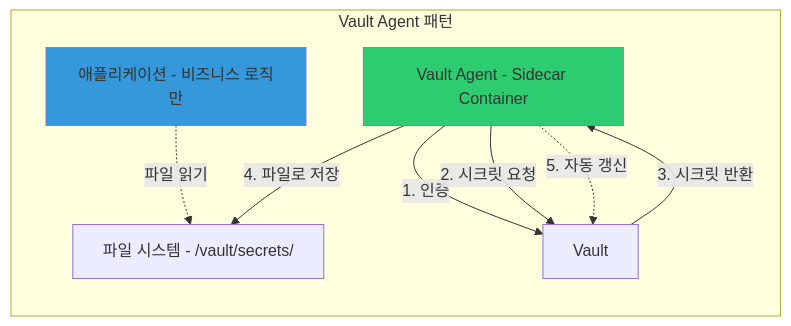
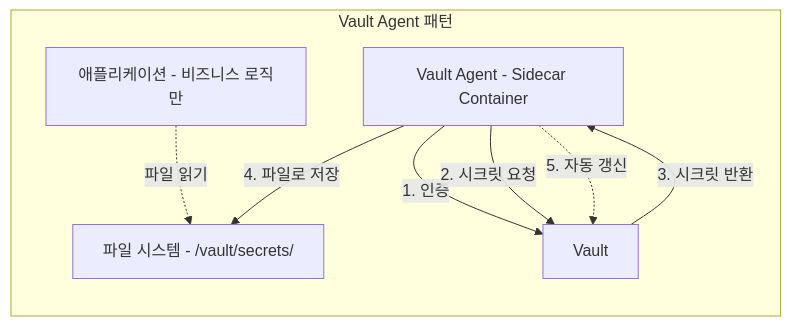
Before and after one commit to juwon8891/juwon8891.github.io: the sixth of 12 diagrams in docs/cicd/week7-vault-secrets.md, drawn with Mermaid. The commit also changed other lines of this file and 18 other files, not shown here.

Commit message:
Remove bright colors from Mermaid diagrams for dark mode compatibility

````diff
--- a/docs/cicd/week7-vault-secrets.md
+++ b/docs/cicd/week7-vault-secrets.md
@@ -513,19 +500,17 @@
 ```mermaid
 graph LR
     subgraph "Vault Agent 패턴"
         APP2[애플리케이션 - 비즈니스 로직만]
         FILE[파일 시스템 - /vault/secrets/]
         AGENT[Vault Agent - Sidecar Container]
         V2[Vault]
 
         APP2 -.->|파일 읽기| FILE
         AGENT -->|1. 인증| V2
         AGENT -->|2. 시크릿 요청| V2
         V2 -->|3. 시크릿 반환| AGENT
         AGENT -->|4. 파일로 저장| FILE
         AGENT -.->|5. 자동 갱신| V2
     end
 
-    style AGENT fill:#2ecc71
-    style APP2 fill:#3498db
 ```
````
